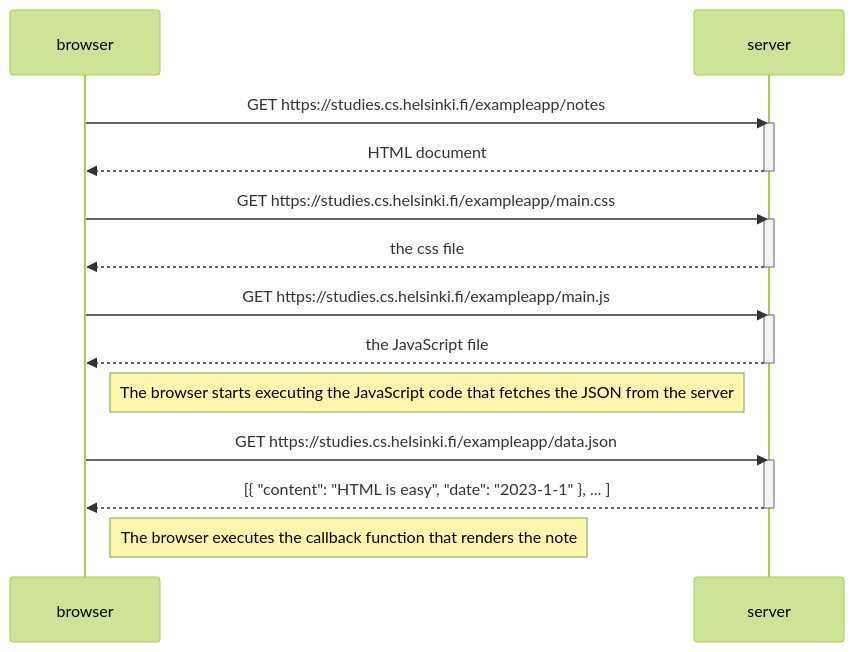
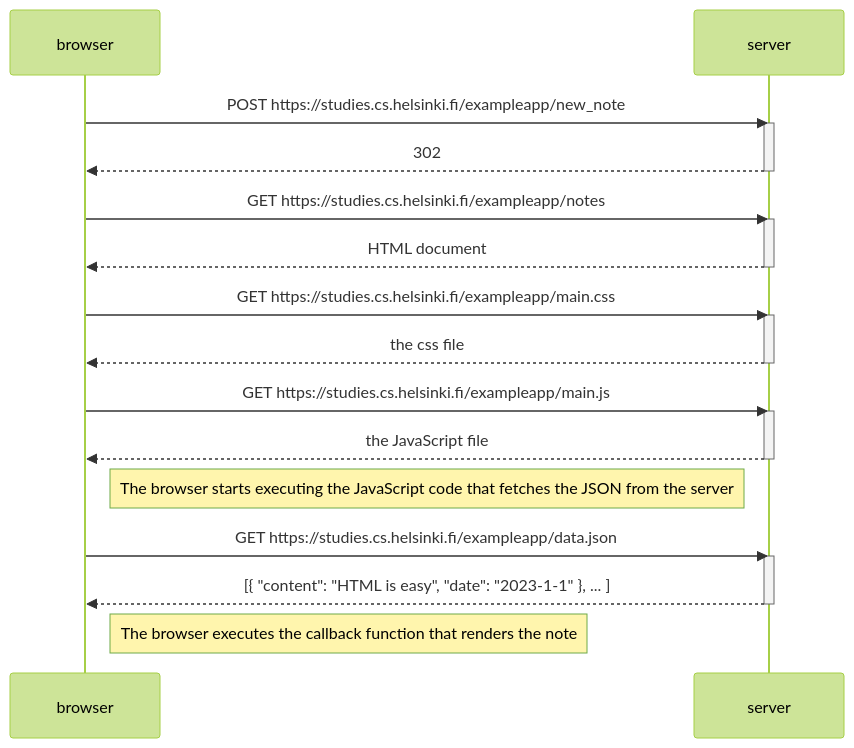
Before and after one commit to santeripeltokangas/palautusrepositorio: the diagram in osa0/03.md, drawn with Mermaid (forest theme).

Commit message:
Vaihdettu sivu

````diff
--- a/osa0/03.md
+++ b/osa0/03.md
@@ -1,29 +1,34 @@
 ```mermaid
 sequenceDiagram
     participant browser
     participant server
+
+    browser->>server: POST https://studies.cs.helsinki.fi/exampleapp/new_note
+    activate server
+    server-->>browser: 302
+    deactivate server
     
     browser->>server: GET https://studies.cs.helsinki.fi/exampleapp/notes
     activate server
     server-->>browser: HTML document
     deactivate server
     
     browser->>server: GET https://studies.cs.helsinki.fi/exampleapp/main.css
     activate server
     server-->>browser: the css file
     deactivate server
     
     browser->>server: GET https://studies.cs.helsinki.fi/exampleapp/main.js
     activate server
     server-->>browser: the JavaScript file
     deactivate server
     
     Note right of browser: The browser starts executing the JavaScript code that fetches the JSON from the server
     
     browser->>server: GET https://studies.cs.helsinki.fi/exampleapp/data.json
     activate server
     server-->>browser: [{ "content": "HTML is easy", "date": "2023-1-1" }, ... ]
     deactivate server    
 
     Note right of browser: The browser executes the callback function that renders the note
 ```
````
